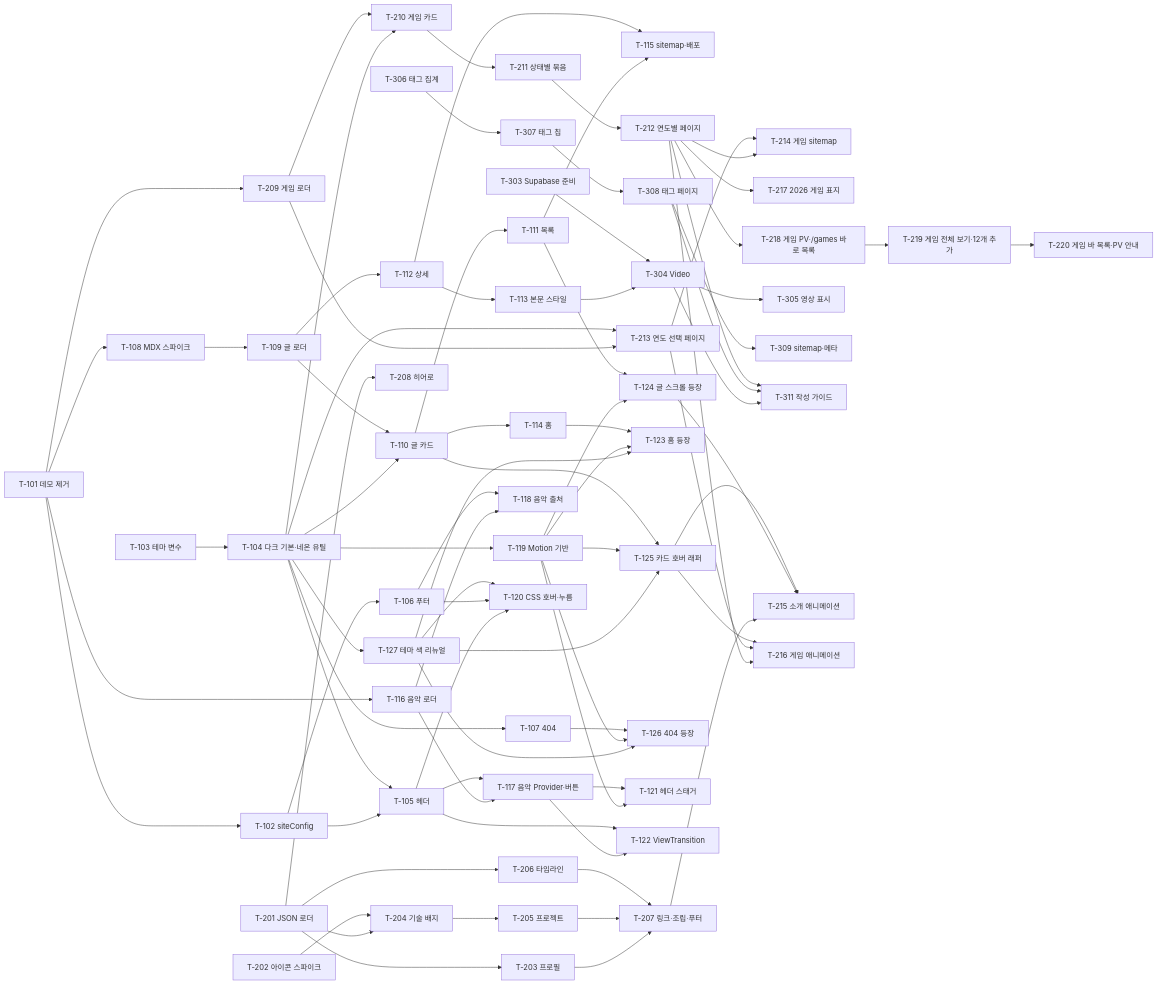
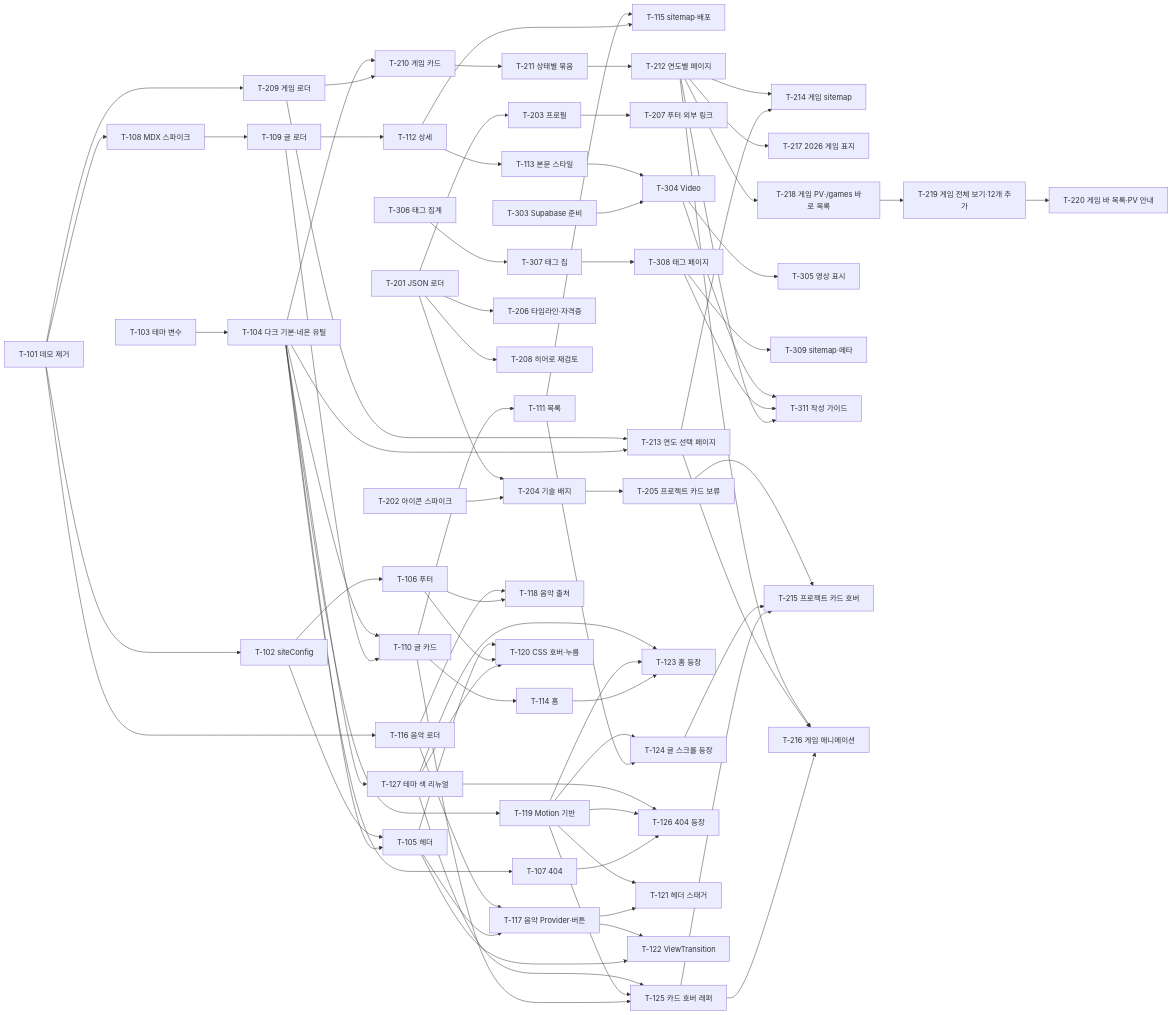
The diagram in .claude/docs/ROADMAP.md (GameDev-HanS/gamedev-hans.github.io), drawn with Mermaid before and after one commit. The commit also changed other lines of this file and 17 other files, not shown here.

```diff
--- a/.claude/docs/ROADMAP.md
+++ b/.claude/docs/ROADMAP.md
@@ -371,12 +379,10 @@
   T201[T-201 JSON 로더] --> T203[T-203 프로필]
   T201 --> T204[T-204 기술 배지]
   T202[T-202 아이콘 스파이크] --> T204
-  T204 --> T205[T-205 프로젝트]
-  T201 --> T206[T-206 타임라인]
-  T203 --> T207[T-207 링크·조립·푸터]
-  T205 --> T207
-  T206 --> T207
-  T201 --> T208[T-208 히어로]
+  T204 --> T205[T-205 프로젝트 카드 보류]
+  T201 --> T206[T-206 타임라인·자격증]
+  T203 --> T207[T-207 푸터 외부 링크]
+  T201 --> T208[T-208 히어로 재검토]
   T101 --> T209[T-209 게임 로더]
   T104 --> T210[T-210 게임 카드]
   T209 --> T210
@@ -426,7 +432,7 @@
   T110 --> T125
   T119 --> T126[T-126 404 등장]
   T107 --> T126
-  T207 --> T215[T-215 소개 애니메이션]
+  T205 --> T215[T-215 프로젝트 카드 호버]
   T124 --> T215
   T125 --> T215
   T212 --> T216[T-216 게임 애니메이션]
```
